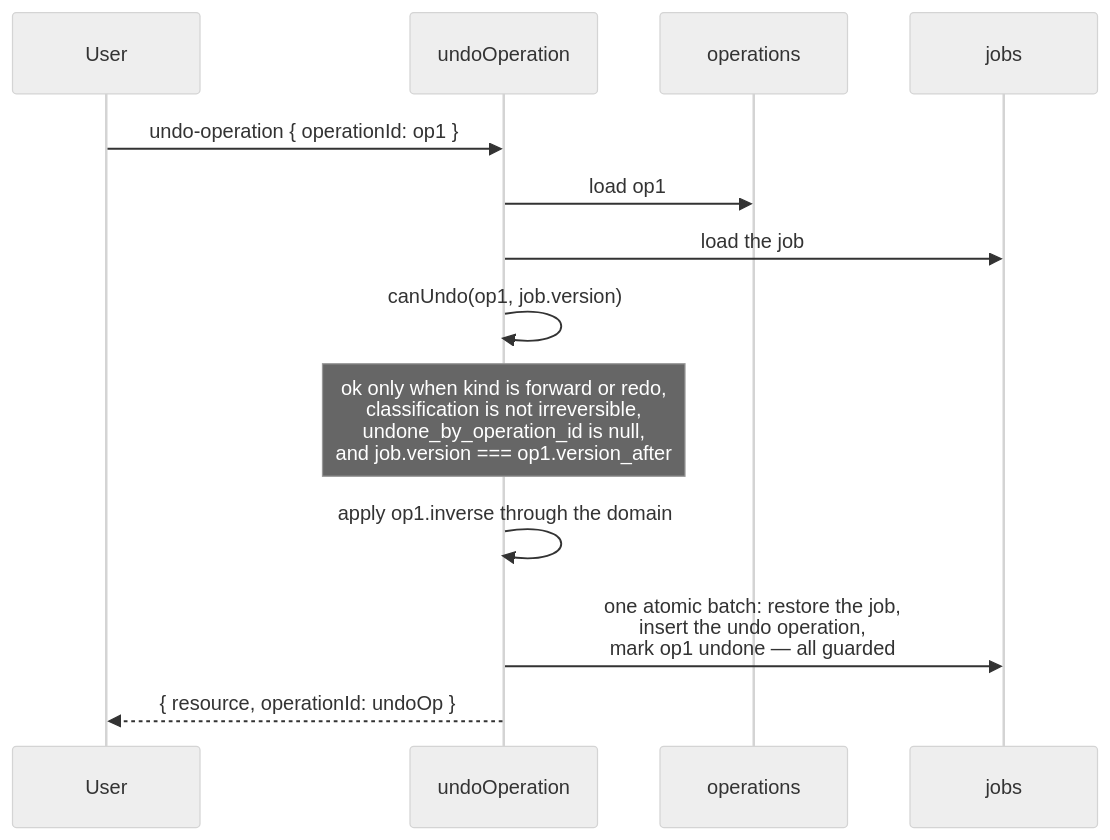
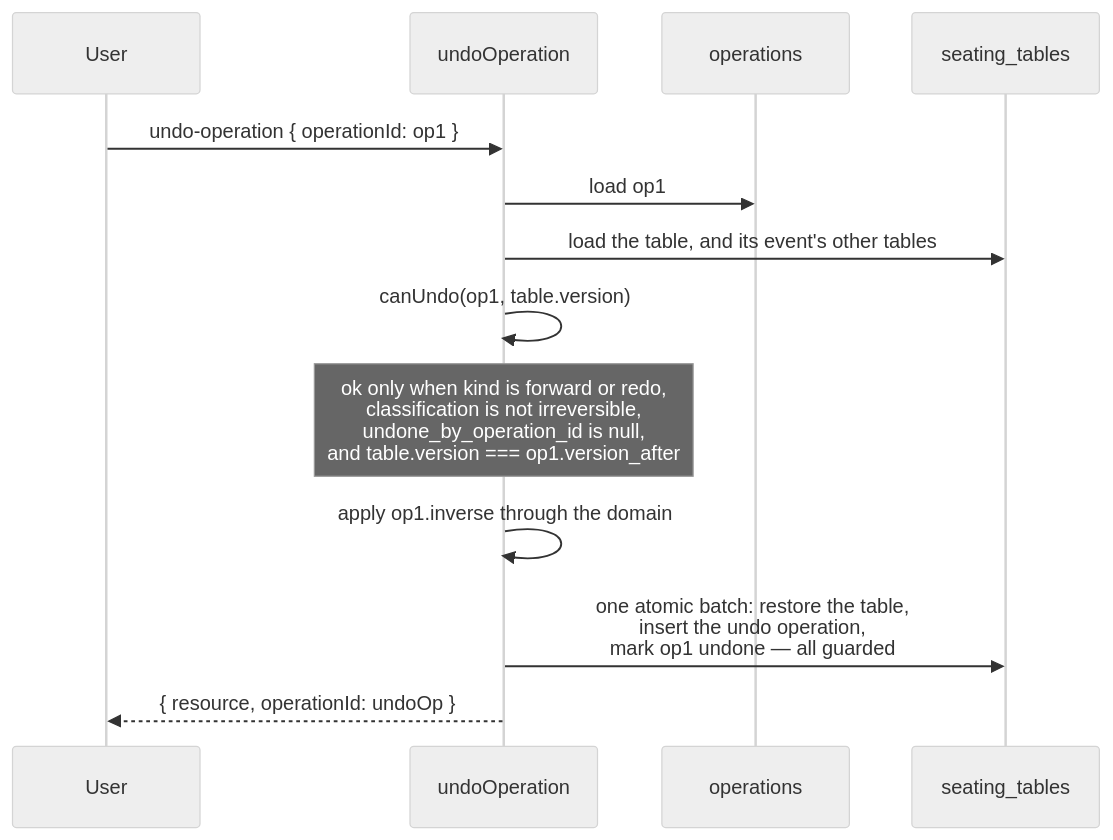
The tenth of 14 diagrams in ARCHITECTURE.md (anbergem/seating-arrangement), drawn with Mermaid (neutral theme) before and after one commit. The commit also changed other lines of this file and 203 other files, not shown here.

````diff
--- a/ARCHITECTURE.md
+++ b/ARCHITECTURE.md
@@ -412,15 +446,15 @@
 ```mermaid
 sequenceDiagram
   participant U as User
   participant UO as undoOperation
   participant OP as operations
-  participant J as jobs
+  participant T as seating_tables
   U->>UO: undo-operation { operationId: op1 }
   UO->>OP: load op1
-  UO->>J: load the job
-  UO->>UO: canUndo(op1, job.version)
-  Note over UO: ok only when kind is forward or redo,<br/>classification is not irreversible,<br/>undone_by_operation_id is null,<br/>and job.version === op1.version_after
+  UO->>T: load the table, and its event's other tables
+  UO->>UO: canUndo(op1, table.version)
+  Note over UO: ok only when kind is forward or redo,<br/>classification is not irreversible,<br/>undone_by_operation_id is null,<br/>and table.version === op1.version_after
   UO->>UO: apply op1.inverse through the domain
-  UO->>J: one atomic batch: restore the job,<br/>insert the undo operation,<br/>mark op1 undone — all guarded
+  UO->>T: one atomic batch: restore the table,<br/>insert the undo operation,<br/>mark op1 undone — all guarded
   UO-->>U: { resource, operationId: undoOp }
 ```
````
